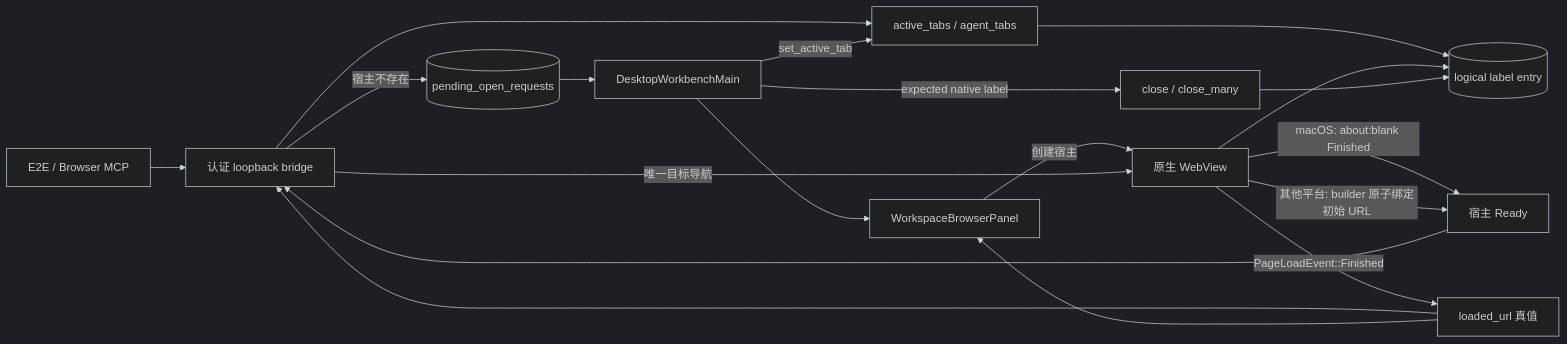
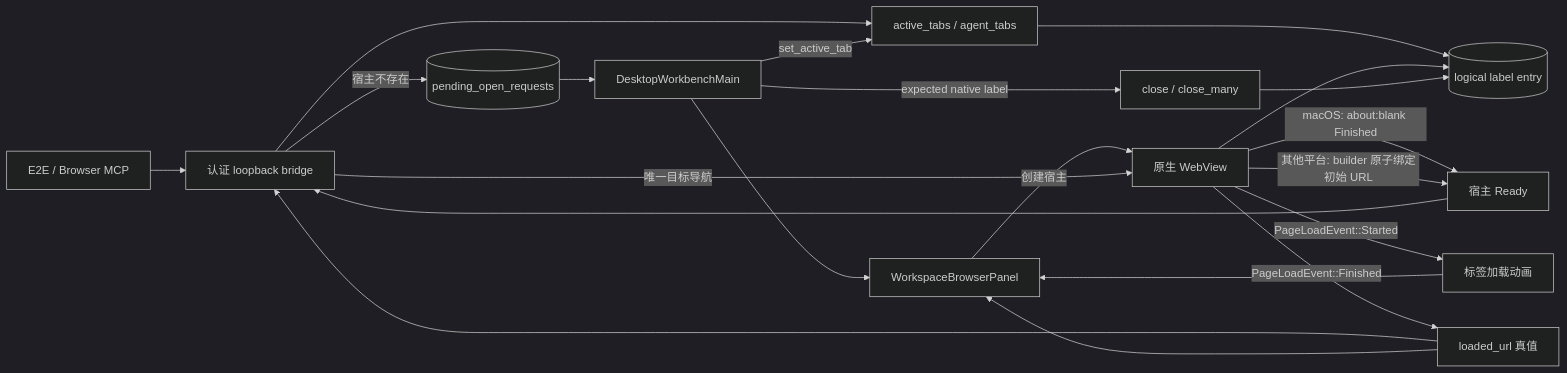
One commit to wecode-ai/Wegent changed the first of 2 diagrams in docs/zh/architecture/embedded-browser.md. Above: the diagram before and after it, drawn with Mermaid (dark theme). The commit also changed other lines of this file and 10 other files, not shown here.

````diff
--- a/docs/zh/architecture/embedded-browser.md
+++ b/docs/zh/architecture/embedded-browser.md
@@ -9,21 +9,23 @@
 ```mermaid
 flowchart LR
     CALLER[E2E / Browser MCP] --> BRIDGE[认证 loopback bridge]
     BRIDGE --> ROUTE[active_tabs / agent_tabs]
     ROUTE --> ENTRY[(logical label entry)]
     BRIDGE -->|宿主不存在| PENDING[(pending_open_requests)]
     PENDING --> MAIN[DesktopWorkbenchMain]
     MAIN --> PANEL[WorkspaceBrowserPanel]
     PANEL -->|创建宿主| WEBVIEW[原生 WebView]
     WEBVIEW --> ENTRY
     WEBVIEW -->|macOS: about:blank Finished| READY[宿主 Ready]
     WEBVIEW -->|其他平台: builder 原子绑定初始 URL| READY
     READY --> BRIDGE
     BRIDGE -->|唯一目标导航| WEBVIEW
+    WEBVIEW -->|PageLoadEvent::Started| LOADING[标签加载动画]
+    LOADING --> PANEL
     WEBVIEW -->|PageLoadEvent::Finished| LOADED[loaded_url 真值]
     LOADED --> BRIDGE
     LOADED --> PANEL
     MAIN -->|set_active_tab| ROUTE
     MAIN -->|expected native label| CLOSE[close / close_many]
     CLOSE --> ENTRY
 ```
````
